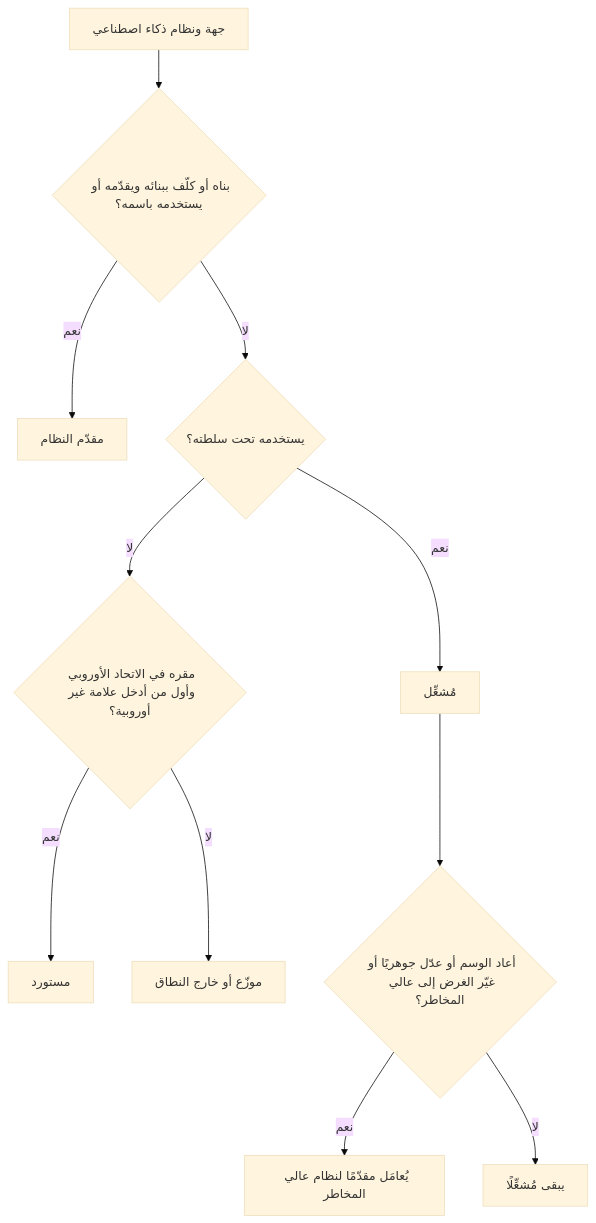
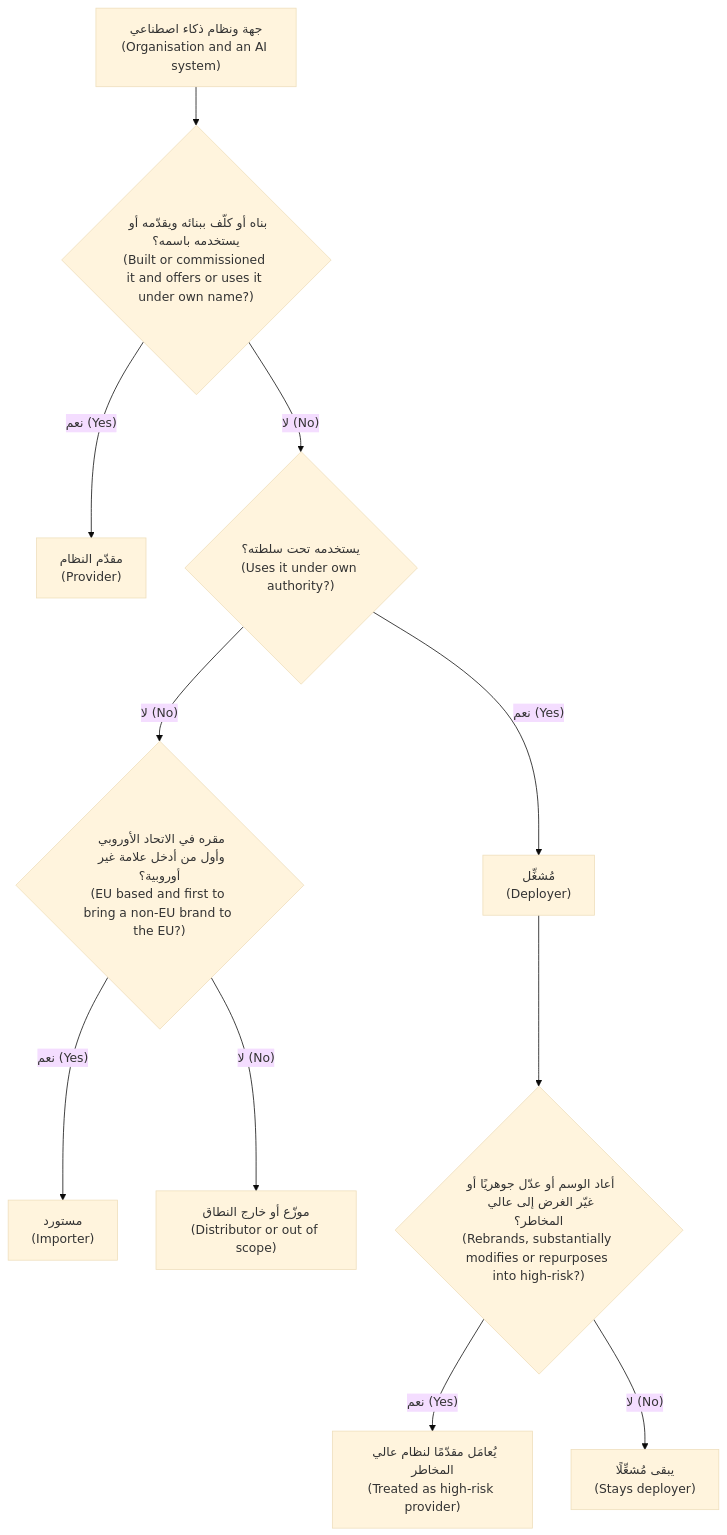
One commit to Tamoura/system-design-for-vibe-coders changed the first of 2 diagrams in aigp/modules/06-eu-ai-act.ar.md. Above: the diagram before and after it, drawn with Mermaid (base theme). The commit also changed other lines of this file and 62 other files, not shown here.

First line of the commit message:
Arabic editions: English on every diagram label, RTL fixes, rebuild

````diff
--- a/aigp/modules/06-eu-ai-act.ar.md
+++ b/aigp/modules/06-eu-ai-act.ar.md
@@ -104,13 +104,13 @@
 ```mermaid
 flowchart TD
-  A[جهة ونظام ذكاء اصطناعي] --> B{بناه أو كلّف ببنائه ويقدّمه أو يستخدمه باسمه؟}
-  B -- نعم --> P[مقدّم النظام]
-  B -- لا --> C{يستخدمه تحت سلطته؟}
-  C -- نعم --> D[مُشغِّل]
-  C -- لا --> E{مقره في الاتحاد الأوروبي وأول من أدخل علامة غير أوروبية؟}
-  E -- نعم --> I[مستورد]
-  E -- لا --> F[موزّع أو خارج النطاق]
-  D --> G{أعاد الوسم أو عدّل جوهريًا أو غيّر الغرض إلى عالي المخاطر؟}
-  G -- نعم --> P2[يُعامَل مقدّمًا لنظام عالي المخاطر]
-  G -- لا --> D2[يبقى مُشغِّلًا]
+  A["جهة ونظام ذكاء اصطناعي<br/>(Organisation and an AI system)"] --> B{"بناه أو كلّف ببنائه ويقدّمه أو يستخدمه باسمه؟<br/>(Built or commissioned it and offers or uses it under own name?)"}
+  B -- "نعم (Yes)" --> P["مقدّم النظام<br/>(Provider)"]
+  B -- "لا (No)" --> C{"يستخدمه تحت سلطته؟<br/>(Uses it under own authority?)"}
+  C -- "نعم (Yes)" --> D["مُشغِّل<br/>(Deployer)"]
+  C -- "لا (No)" --> E{"مقره في الاتحاد الأوروبي وأول من أدخل علامة غير أوروبية؟<br/>(EU based and first to bring a non-EU brand to the EU?)"}
+  E -- "نعم (Yes)" --> I["مستورد<br/>(Importer)"]
+  E -- "لا (No)" --> F["موزّع أو خارج النطاق<br/>(Distributor or out of scope)"]
+  D --> G{"أعاد الوسم أو عدّل جوهريًا أو غيّر الغرض إلى عالي المخاطر؟<br/>(Rebrands, substantially modifies or repurposes into high-risk?)"}
+  G -- "نعم (Yes)" --> P2["يُعامَل مقدّمًا لنظام عالي المخاطر<br/>(Treated as high-risk provider)"]
+  G -- "لا (No)" --> D2["يبقى مُشغِّلًا<br/>(Stays deployer)"]
 ```
````
